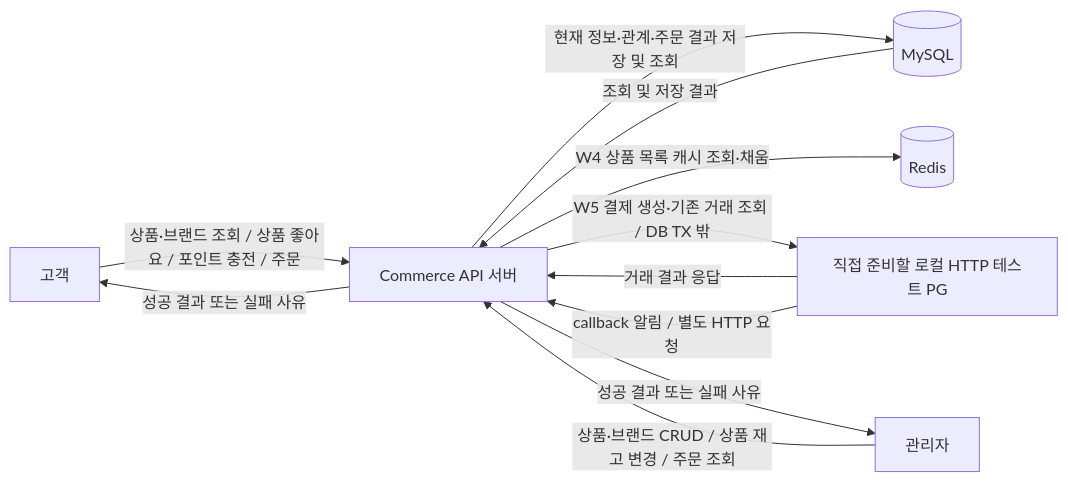
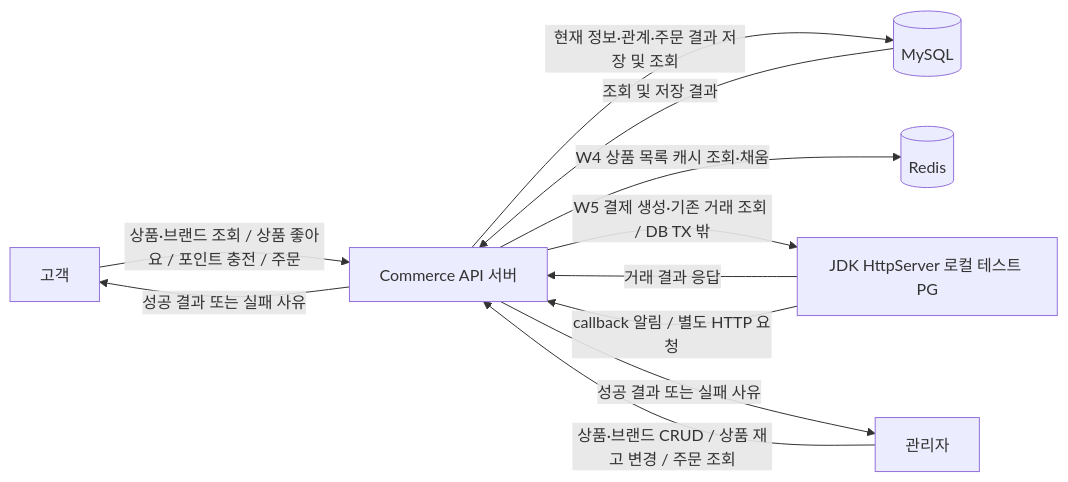
One commit to kjyend/loop-pack-be-l2-vol5-java changed the first of 5 diagrams in docs/week2/commerce-erd-draft.md. Above: the diagram before and after it, drawn with Mermaid. The commit also changed other lines of this file and 19 other files, not shown here.

````diff
--- a/docs/week2/commerce-erd-draft.md
+++ b/docs/week2/commerce-erd-draft.md
@@ -296,13 +417,13 @@
 ```mermaid
 flowchart LR
     C["고객"] -->|"상품·브랜드 조회 / 상품 좋아요 / 포인트 충전 / 주문"| API["Commerce API 서버"]
     A["관리자"] -->|"상품·브랜드 CRUD / 상품 재고 변경 / 주문 조회"| API
     API -->|"현재 정보·관계·주문 결과 저장 및 조회"| DB[("MySQL")]
     API -->|"W4 상품 목록 캐시 조회·채움"| R[("Redis")]
-    API -->|"W5 결제 생성·기존 거래 조회 / DB TX 밖"| PG["직접 준비할 로컬 HTTP 테스트 PG"]
+    API -->|"W5 결제 생성·기존 거래 조회 / DB TX 밖"| PG["JDK HttpServer 로컬 테스트 PG"]
     PG -->|"거래 결과 응답"| API
     PG -->|"callback 알림 / 별도 HTTP 요청"| API
     DB -->|"조회 및 저장 결과"| API
     API -->|"성공 결과 또는 실패 사유"| C
     API -->|"성공 결과 또는 실패 사유"| A
 ```
````
